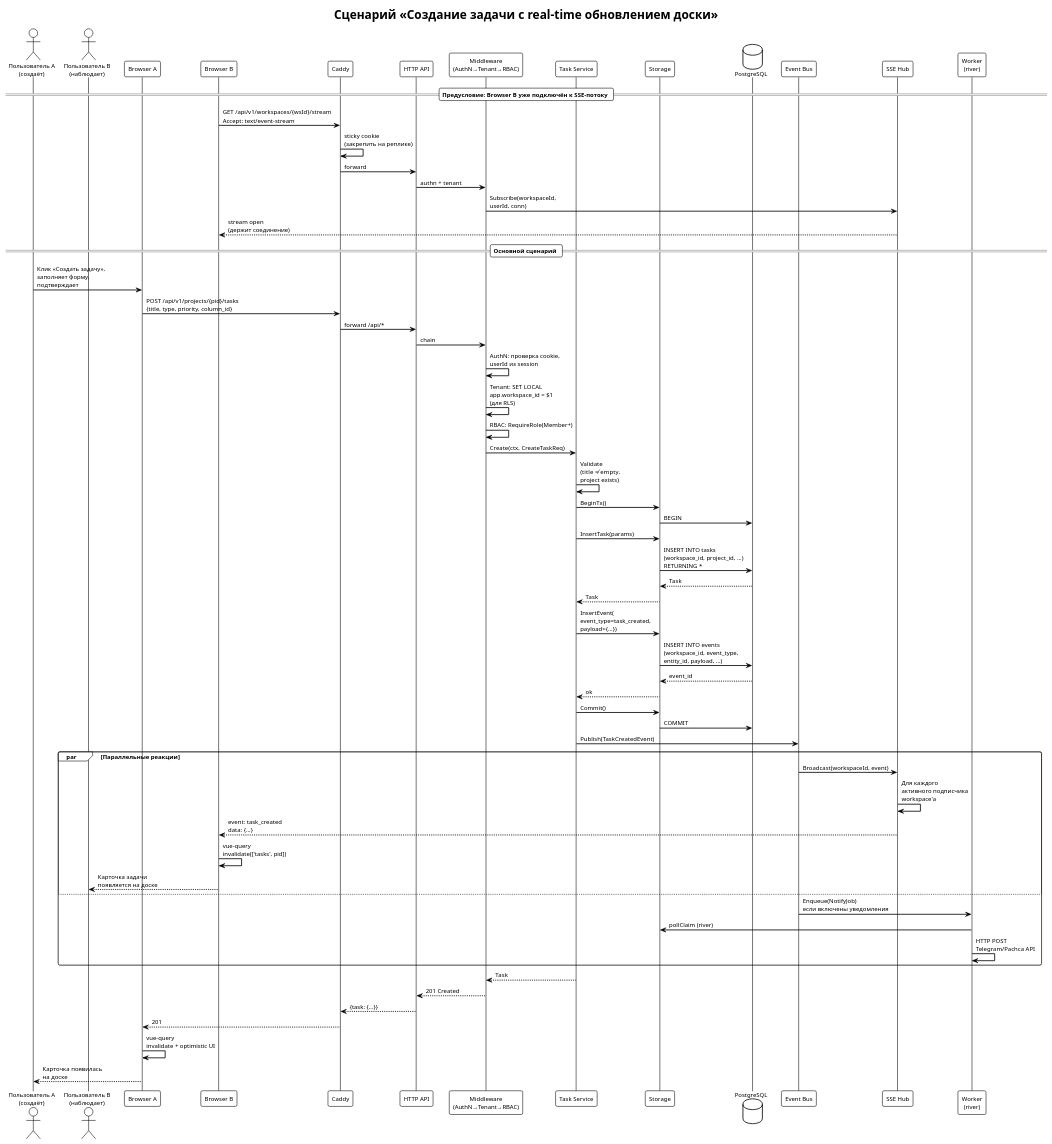
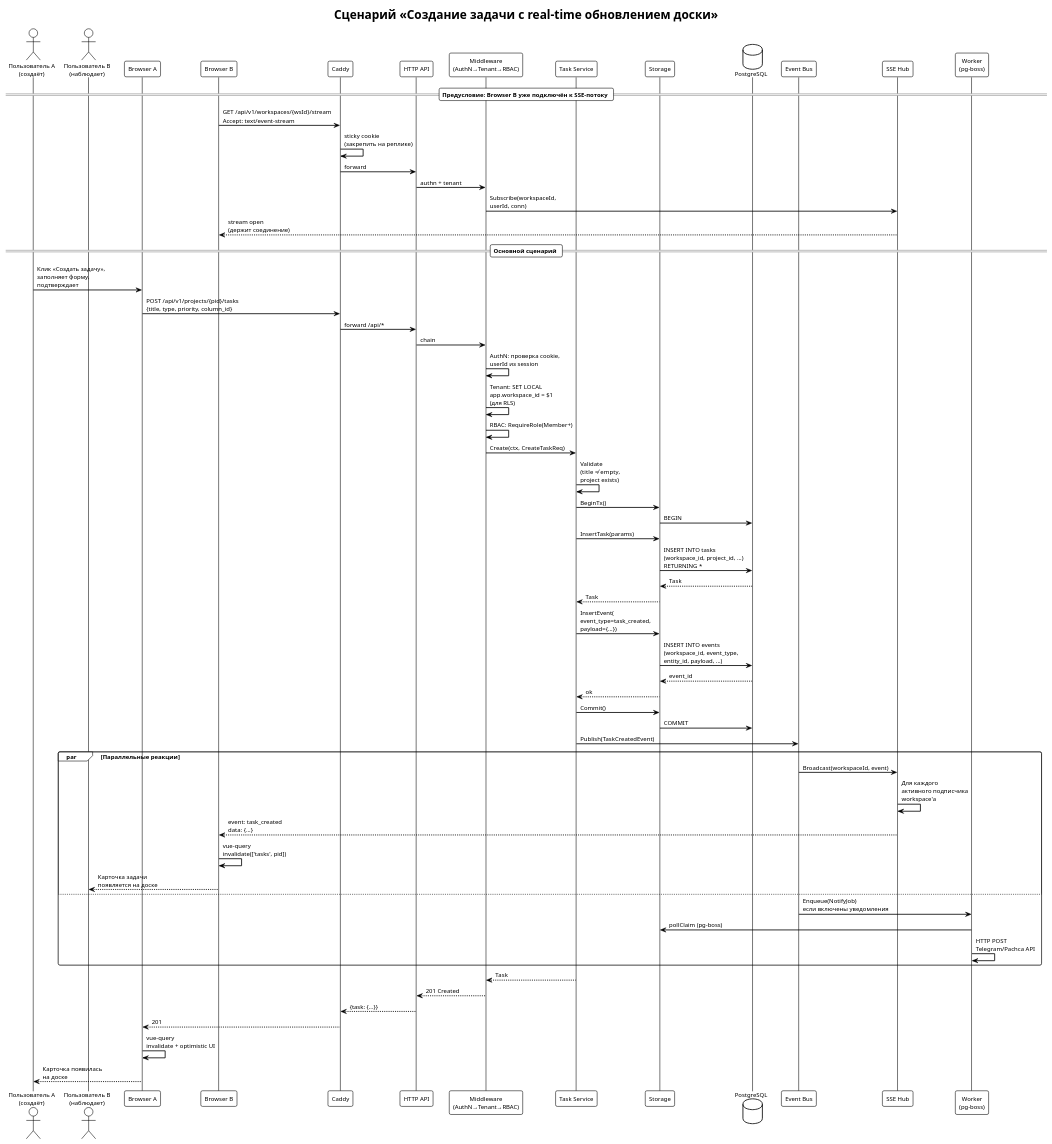
One commit to elClassico-eng/scrumban_app changed the diagram in docs/uml/06-sequence/create-task-sse.puml. Above: the diagram before and after it, drawn with PlantUML. The commit also changed 1 other file, not shown here.

Commit message:
uml: rename Go-specific participants in sequence puml files
login.puml: Browser (Nuxt SPA → Nuxt 4 SPA), HTTP API (echo → Nitro/H3),
Storage (pgx+sqlc → Drizzle ORM).

create-task-sse.puml: Worker label and pollClaim note (river → pg-boss).

```diff
--- a/docs/uml/06-sequence/create-task-sse.puml
+++ b/docs/uml/06-sequence/create-task-sse.puml
@@ -1,83 +1,83 @@
 @startuml create-task-sse
 !theme plain
 title Сценарий «Создание задачи с real-time обновлением доски»
 
 skinparam defaultFontName Arial
 skinparam defaultFontSize 11
 skinparam sequenceArrowThickness 1.5
 skinparam roundCorner 6
 
 actor "Пользователь A\n(создаёт)" as UserA
 actor "Пользователь B\n(наблюдает)" as UserB
 participant "Browser A" as BA
 participant "Browser B" as BB
 participant "Caddy" as Caddy
 participant "HTTP API" as API
 participant "Middleware\n(AuthN→Tenant→RBAC)" as MW
 participant "Task Service" as TaskSvc
 participant "Storage" as Storage
 database "PostgreSQL" as PG
 participant "Event Bus" as EB
 participant "SSE Hub" as SSE
-participant "Worker\n(river)" as Worker
+participant "Worker\n(pg-boss)" as Worker
 
 == Предусловие: Browser B уже подключён к SSE-потоку ==
 BB -> Caddy : GET /api/v1/workspaces/{wsId}/stream\nAccept: text/event-stream
 Caddy -> Caddy : sticky cookie\n(закрепить на реплике)
 Caddy -> API : forward
 API -> MW : authn + tenant
 MW -> SSE : Subscribe(workspaceId,\nuserId, conn)
 SSE --> BB : stream open\n(держит соединение)
 
 == Основной сценарий ==
 UserA -> BA : Клик «Создать задачу»,\nзаполняет форму,\nподтверждает
 BA -> Caddy : POST /api/v1/projects/{pid}/tasks\n{title, type, priority, column_id}
 Caddy -> API : forward /api/*
 API -> MW : chain
 
 MW -> MW : AuthN: проверка cookie,\nuserId из session
 MW -> MW : Tenant: SET LOCAL\napp.workspace_id = $1\n(для RLS)
 MW -> MW : RBAC: RequireRole(Member+)
 
 MW -> TaskSvc : Create(ctx, CreateTaskReq)
 
 TaskSvc -> TaskSvc : Validate\n(title ≠ empty,\nproject exists)
 
 TaskSvc -> Storage : BeginTx()
 Storage -> PG : BEGIN
 TaskSvc -> Storage : InsertTask(params)
 Storage -> PG : INSERT INTO tasks\n(workspace_id, project_id, ...)\nRETURNING *
 PG --> Storage : Task
 Storage --> TaskSvc : Task
 
 TaskSvc -> Storage : InsertEvent(\nevent_type=task_created,\npayload={...})
 Storage -> PG : INSERT INTO events\n(workspace_id, event_type,\nentity_id, payload, ...)
 PG --> Storage : event_id
 Storage --> TaskSvc : ok
 
 TaskSvc -> Storage : Commit()
 Storage -> PG : COMMIT
 
 TaskSvc -> EB : Publish(TaskCreatedEvent)
 
 par Параллельные реакции
   EB -> SSE : Broadcast(workspaceId, event)
   SSE -> SSE : Для каждого\nактивного подписчика\nworkspace'а
   SSE --> BB : event: task_created\ndata: {...}
   BB -> BB : vue-query\ninvalidate(['tasks', pid])
   BB --> UserB : Карточка задачи\nпоявляется на доске
 else
   EB -> Worker : Enqueue(NotifyJob)\nесли включены уведомления
-  Worker -> Storage : pollClaim (river)
+  Worker -> Storage : pollClaim (pg-boss)
   Worker -> Worker : HTTP POST\nTelegram/Pachca API
 end
 
 TaskSvc --> MW : Task
 MW --> API : 201 Created
 API --> Caddy : {task: {...}}
 Caddy --> BA : 201
 
 BA -> BA : vue-query\ninvalidate + optimistic UI
 BA --> UserA : Карточка появилась\nна доске
 
 @enduml
```
